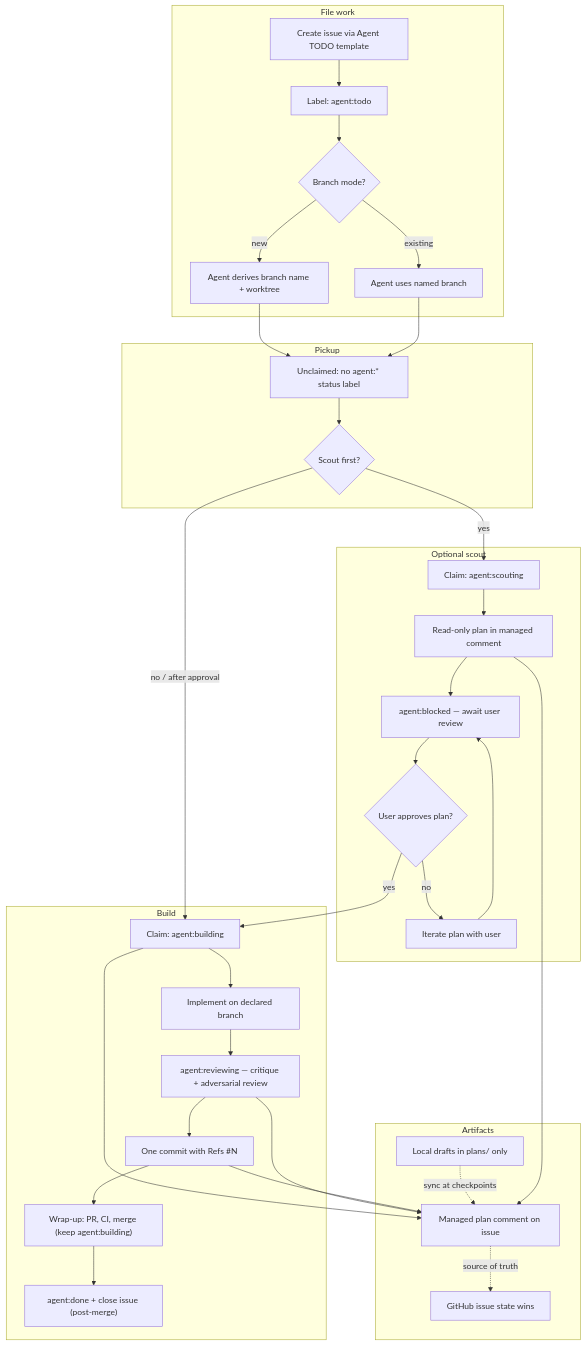
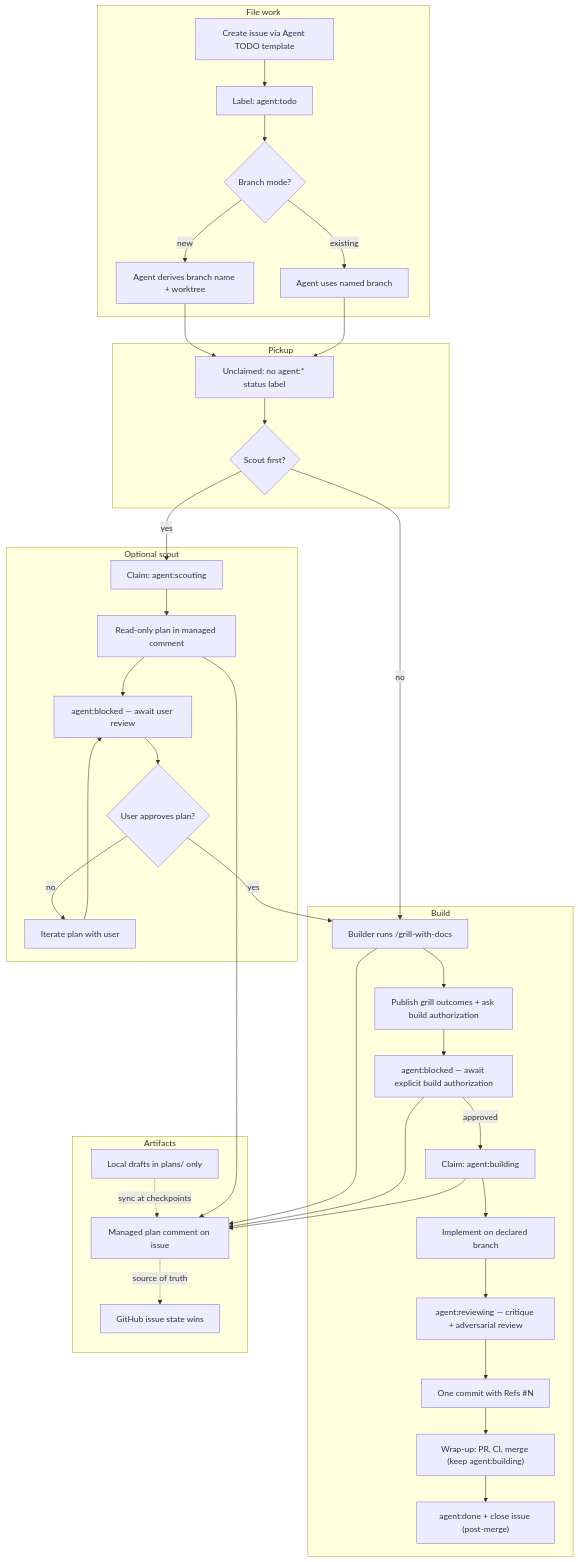
Before and after one commit to Entalpic/siesta: the first of 3 diagrams in CONTRIBUTING.md, drawn with Mermaid. The commit also changed other lines of this file and 3 other files, not shown here.

````diff
--- a/CONTRIBUTING.md
+++ b/CONTRIBUTING.md
@@ -21,46 +21,49 @@
 ```mermaid
 flowchart TD
     subgraph file["File work"]
         A[Create issue via Agent TODO template] --> B["Label: agent:todo"]
         B --> C{Branch mode?}
         C -->|new| D[Agent derives branch name + worktree]
         C -->|existing| E[Agent uses named branch]
     end
 
     subgraph pickup["Pickup"]
         D --> F[Unclaimed: no agent:* status label]
         E --> F
         F --> G{Scout first?}
     end
 
     subgraph scout["Optional scout"]
         G -->|yes| H["Claim: agent:scouting"]
         H --> I[Read-only plan in managed comment]
         I --> J["agent:blocked — await user review"]
         J --> K{User approves plan?}
         K -->|no| L[Iterate plan with user]
         L --> J
     end
 
     subgraph build["Build"]
-        G -->|no / after approval| M["Claim: agent:building"]
+        G -->|no| M[Builder runs /grill-with-docs]
         K -->|yes| M
-        M --> N[Implement on declared branch]
-        N --> O["agent:reviewing — critique + adversarial review"]
-        O --> P[One commit with Refs #N]
-        P --> W["Wrap-up: PR, CI, merge (keep agent:building)"]
+        M --> N[Publish grill outcomes + ask build authorization]
+        N --> O["agent:blocked — await explicit build authorization"]
+        O -->|approved| P["Claim: agent:building"]
+        P --> Q[Implement on declared branch]
+        Q --> R1["agent:reviewing — critique + adversarial review"]
+        R1 --> S1[One commit with Refs #N]
+        S1 --> W["Wrap-up: PR, CI, merge (keep agent:building)"]
         W --> X["agent:done + close issue (post-merge)"]
     end
 
     subgraph artifacts["Artifacts"]
         R[Managed plan comment on issue]
         S[Local drafts in plans/ only]
         R -.->|source of truth| T[GitHub issue state wins]
         S -.->|sync at checkpoints| R
     end
 
     I --> R
     M --> R
     O --> R
     P --> R
 ```
````
